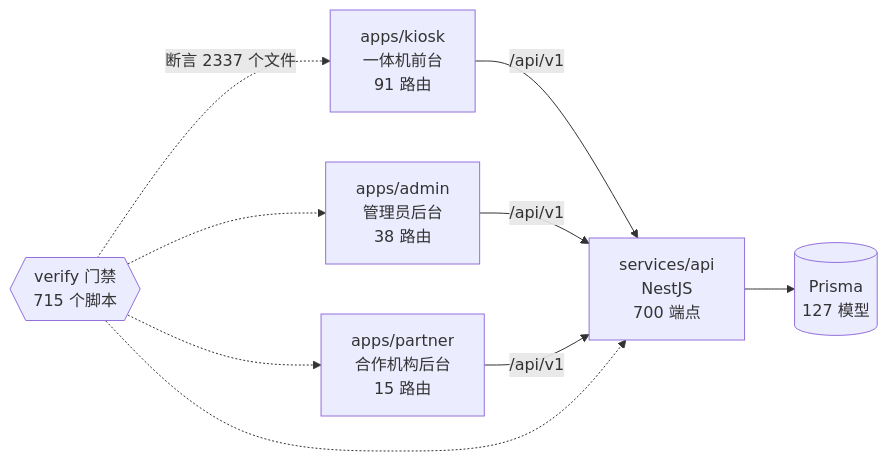
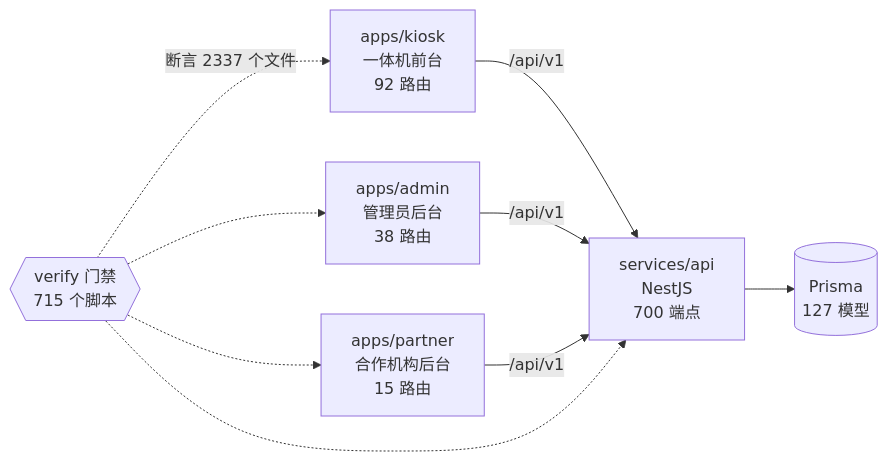
One commit to wanglei581/YITIJI changed the diagram in docs/graph/README.md. Above: the diagram before and after it, drawn with Mermaid. The commit also changed other lines of this file and 42 other files, not shown here.

````diff
--- a/docs/graph/README.md
+++ b/docs/graph/README.md
@@ -68,18 +68,18 @@
 ```mermaid
 flowchart LR
-  kiosk["apps/kiosk<br/>一体机前台<br/>91 路由"]
+  kiosk["apps/kiosk<br/>一体机前台<br/>92 路由"]
   admin["apps/admin<br/>管理员后台<br/>38 路由"]
   partner["apps/partner<br/>合作机构后台<br/>15 路由"]
   api["services/api<br/>NestJS<br/>700 端点"]
   db[("Prisma<br/>127 模型")]
   gates{{"verify 门禁<br/>715 个脚本"}}
 
   kiosk -->|"/api/v1"| api
   admin -->|"/api/v1"| api
   partner -->|"/api/v1"| api
   api --> db
   gates -.->|"断言 2337 个文件"| kiosk
   gates -.-> admin
   gates -.-> partner
   gates -.-> api
 ```
````
